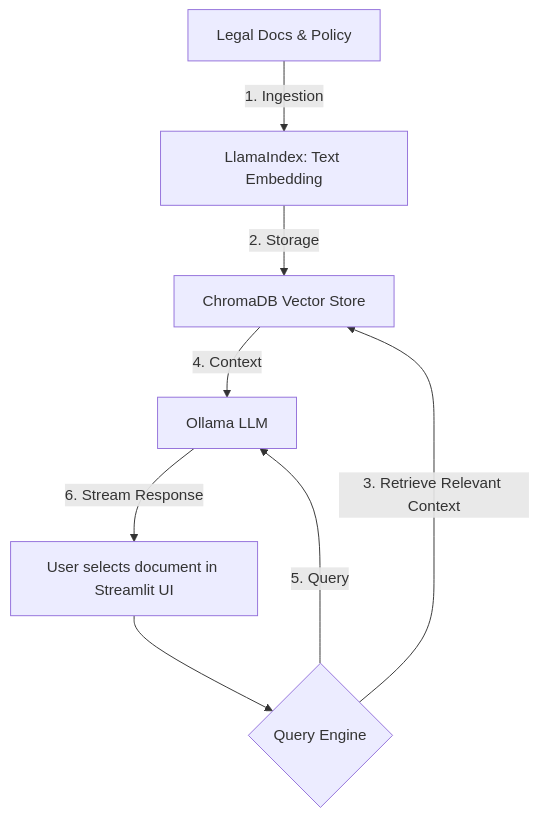
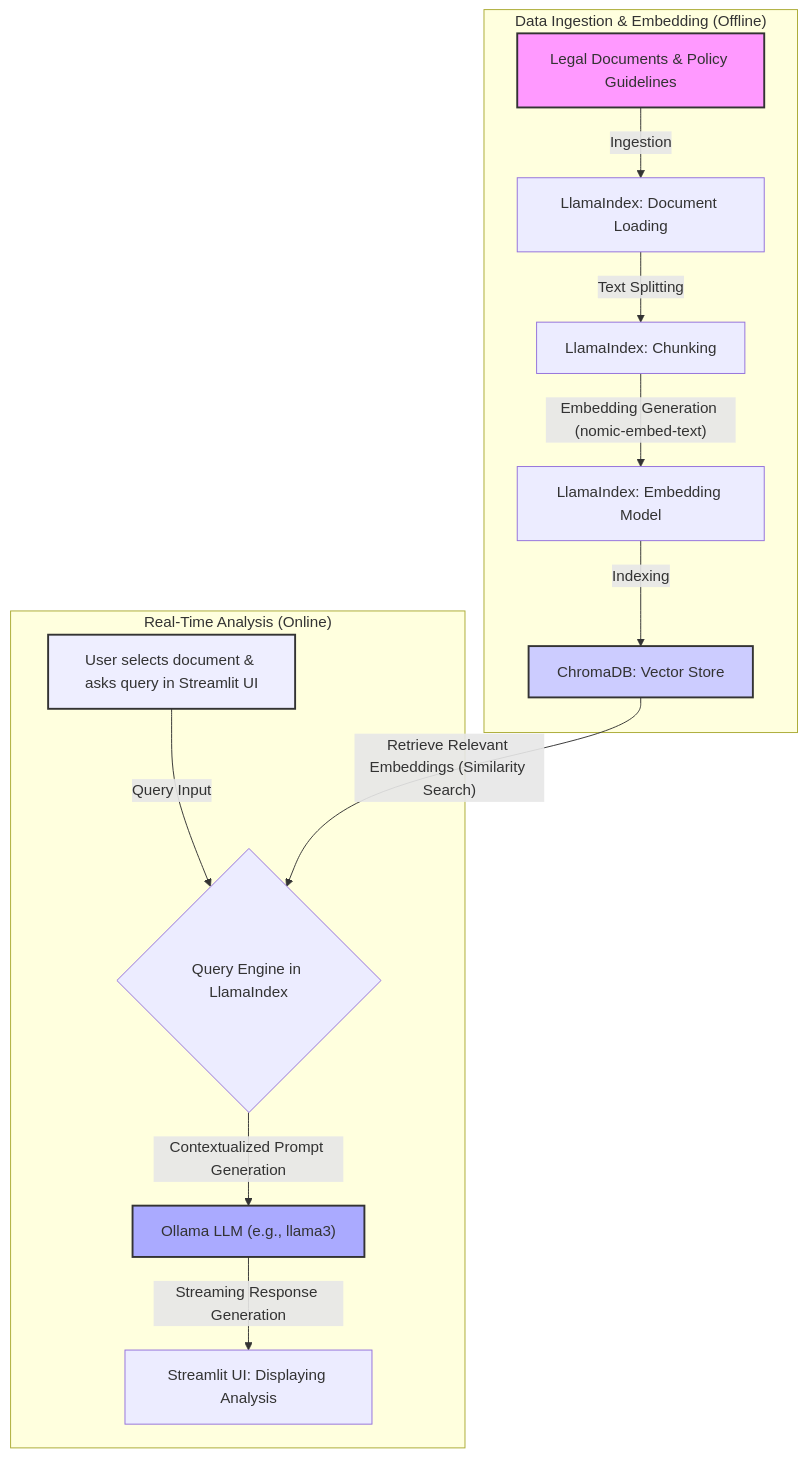
One commit to Vignesh-Thiagarajan-DS/AI-Privacy-Policy-Analyzer changed the diagram in README.md. Above: the diagram before and after it, drawn with Mermaid.

````diff
--- a/README.md
+++ b/README.md
@@ -44,10 +44,21 @@
 ```mermaid
 graph TD
-    A["Legal Docs & Policy"] -->|1. Ingestion| B["LlamaIndex: Text Embedding"];
-    B -->|2. Storage| C["ChromaDB Vector Store"];
-    D["User selects document in Streamlit UI"] --> E{"Query Engine"};
-    E -->|3. Retrieve Relevant Context| C;
-    C -->|4. Context| F["Ollama LLM"];
-    E -->|5. Query| F;
-    F -->|6. Stream Response| D;
+    subgraph "Data Ingestion & Embedding (Offline)"
+        A["Legal Documents & Policy Guidelines"] -- Ingestion --> B["LlamaIndex: Document Loading"];
+        B -- Text Splitting --> C["LlamaIndex: Chunking"];
+        C -- Embedding Generation (nomic-embed-text) --> D["LlamaIndex: Embedding Model"];
+        D -- Indexing --> E["ChromaDB: Vector Store"];
+    end
+
+    subgraph "Real-Time Analysis (Online)"
+        F["User selects document & asks query in Streamlit UI"] -- Query Input --> G{"Query Engine in LlamaIndex"};
+        E -- Retrieve Relevant Embeddings (Similarity Search) --> G;
+        G -- Contextualized Prompt Generation --> H["Ollama LLM (e.g., llama3)"];
+        H -- Streaming Response Generation --> I["Streamlit UI: Displaying Analysis"];
+    end
+
+    style A fill:#f9f,stroke:#333,stroke-width:2px
+    style E fill:#ccf,stroke:#333,stroke-width:2px
+    style F fill:#eef,stroke:#333,stroke-width:2px
+    style H fill:#aaf,stroke:#333,stroke-width:2px
 ```
````
